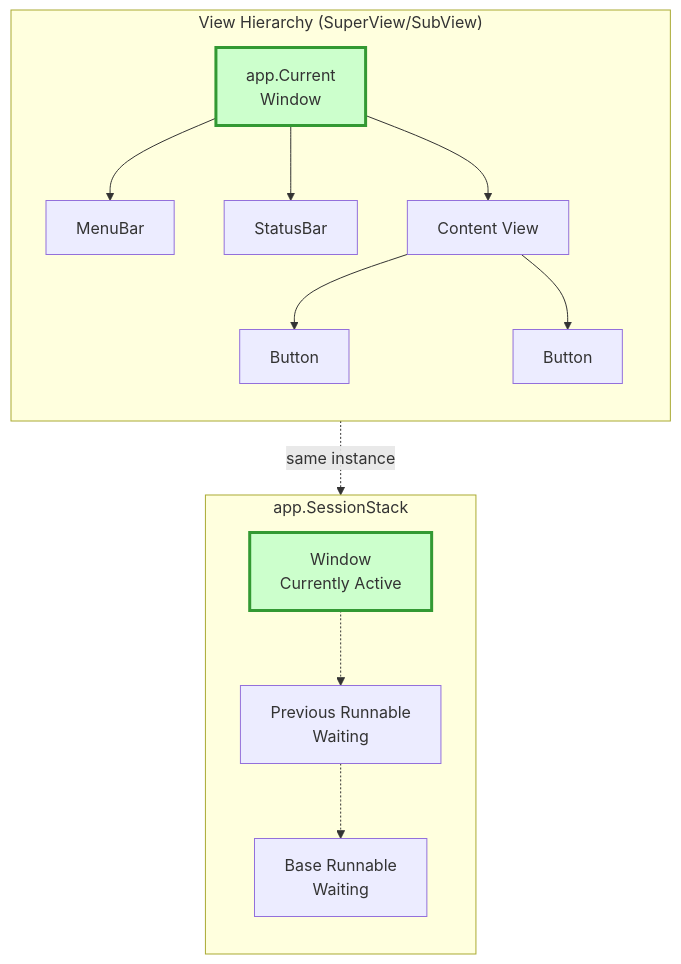
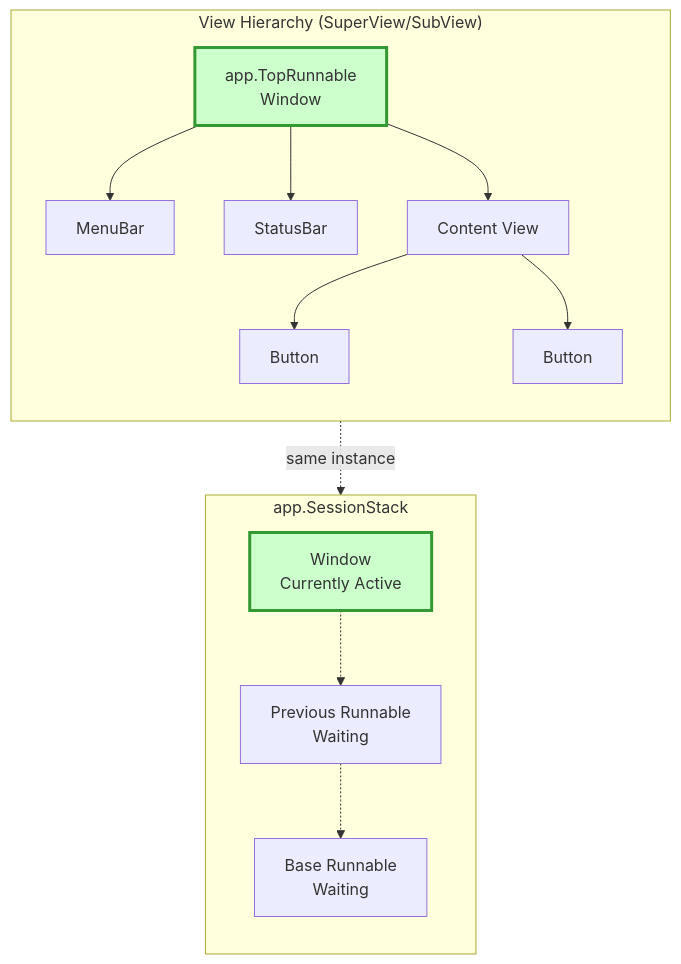
One commit to gui-cs/Terminal.Gui changed the first of 2 diagrams in docfx/docs/application.md. Above: the diagram before and after it, drawn with Mermaid. The commit also changed other lines of this file and 7 other files, not shown here.

````diff
--- a/docfx/docs/application.md
+++ b/docfx/docs/application.md
@@ -17,32 +17,32 @@
 ```mermaid
 graph TB
     subgraph ViewTree["View Hierarchy (SuperView/SubView)"]
         direction TB
-        Top[app.Current<br/>Window]
+        Top[app.TopRunnable<br/>Window]
         Menu[MenuBar]
         Status[StatusBar]
         Content[Content View]
         Button1[Button]
         Button2[Button]
         
         Top --> Menu
         Top --> Status
         Top --> Content
         Content --> Button1
         Content --> Button2
     end
     
     subgraph Stack["app.SessionStack"]
         direction TB
         S1[Window<br/>Currently Active]
         S2[Previous Runnable<br/>Waiting]
         S3[Base Runnable<br/>Waiting]
         
         S1 -.-> S2 -.-> S3
     end
     
     Top -.->|"same instance"| S1
     
     style Top fill:#ccffcc,stroke:#339933,stroke-width:3px
     style S1 fill:#ccffcc,stroke:#339933,stroke-width:3px
 ```
````
